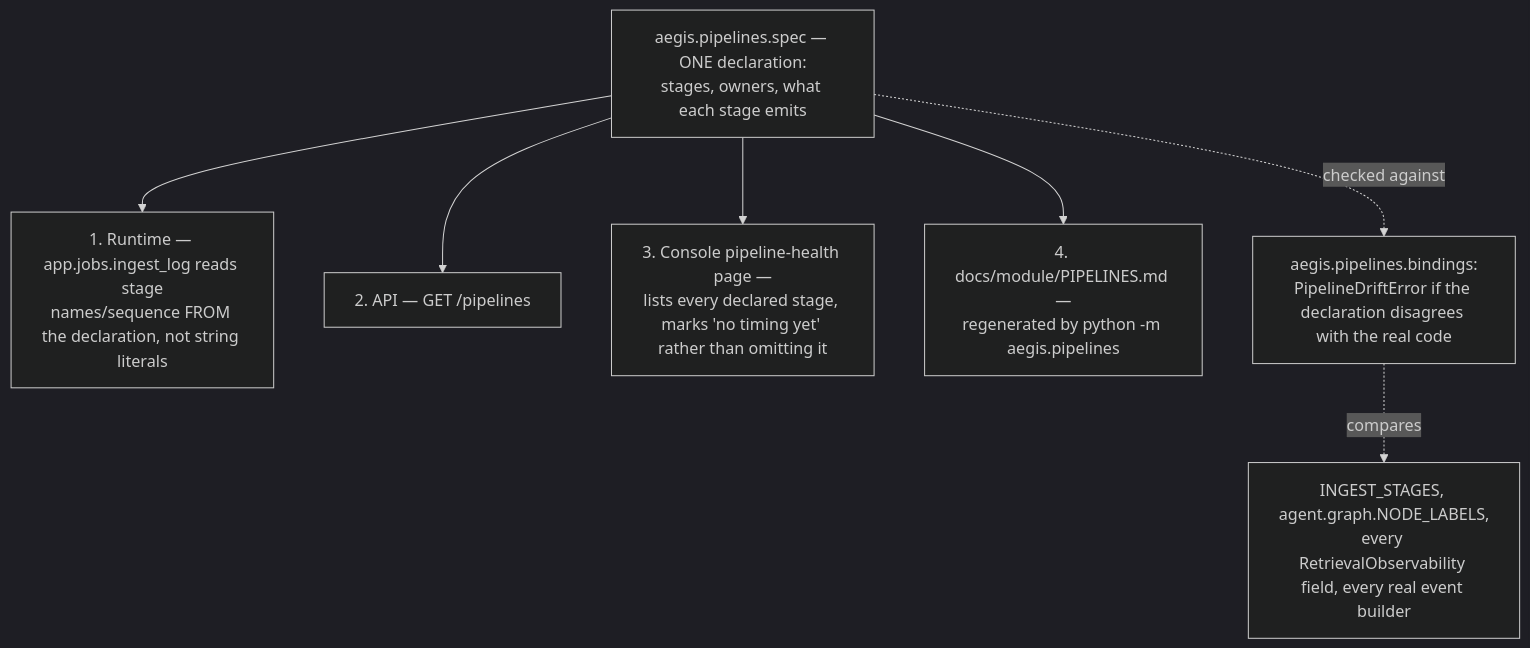
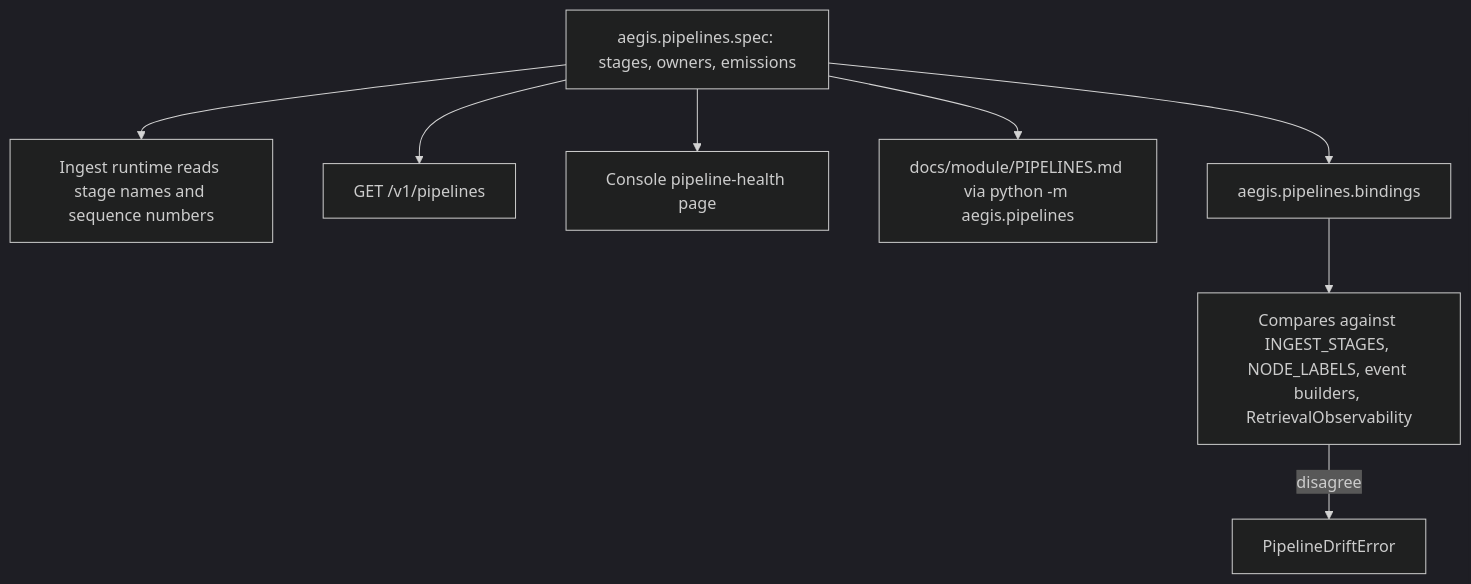
One commit to yrevash/aegis changed the diagram in docs/teaching/pipelines.md. Above: the diagram before and after it, drawn with Mermaid (dark theme). The commit also changed other lines of this file and 29 other files, not shown here.

````diff
--- a/docs/teaching/pipelines.md
+++ b/docs/teaching/pipelines.md
@@ -27,10 +20,11 @@
 ```mermaid
 flowchart TD
-    SPEC["aegis.pipelines.spec — ONE declaration:<br/>stages, owners, what each stage emits"]
-    SPEC --> RT["1. Runtime — app.jobs.ingest_log reads stage<br/>names/sequence FROM the declaration, not string literals"]
-    SPEC --> API["2. API — GET /pipelines"]
-    SPEC --> UI["3. Console pipeline-health page —<br/>lists every declared stage, marks 'no timing yet' rather than omitting it"]
-    SPEC --> DOC["4. docs/module/PIPELINES.md —<br/>regenerated by python -m aegis.pipelines"]
-    SPEC -.checked against.-> BIND["aegis.pipelines.bindings:<br/>PipelineDriftError if the declaration disagrees with the real code"]
-    BIND -.compares.-> REAL["INGEST_STAGES, agent.graph.NODE_LABELS,<br/>every RetrievalObservability field, every real event builder"]
+    S[aegis.pipelines.spec: stages, owners, emissions]
+    S --> R[Ingest runtime reads stage names and sequence numbers]
+    S --> A[GET /v1/pipelines]
+    S --> U[Console pipeline-health page]
+    S --> D[docs/module/PIPELINES.md via python -m aegis.pipelines]
+    S --> B[aegis.pipelines.bindings]
+    B --> C[Compares against INGEST_STAGES, NODE_LABELS, event builders, RetrievalObservability]
+    C -->|disagree| E[PipelineDriftError]
 ```
````
